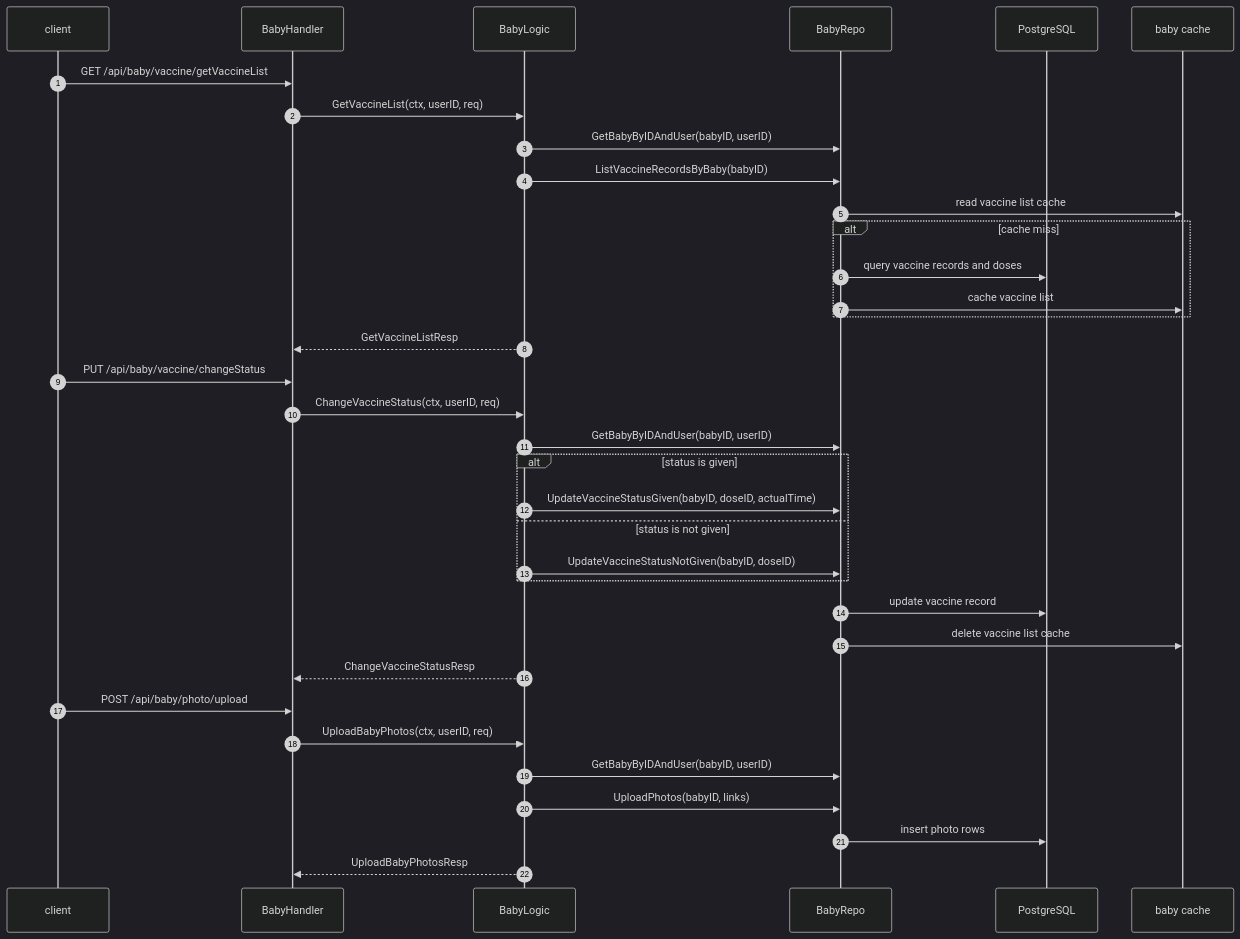
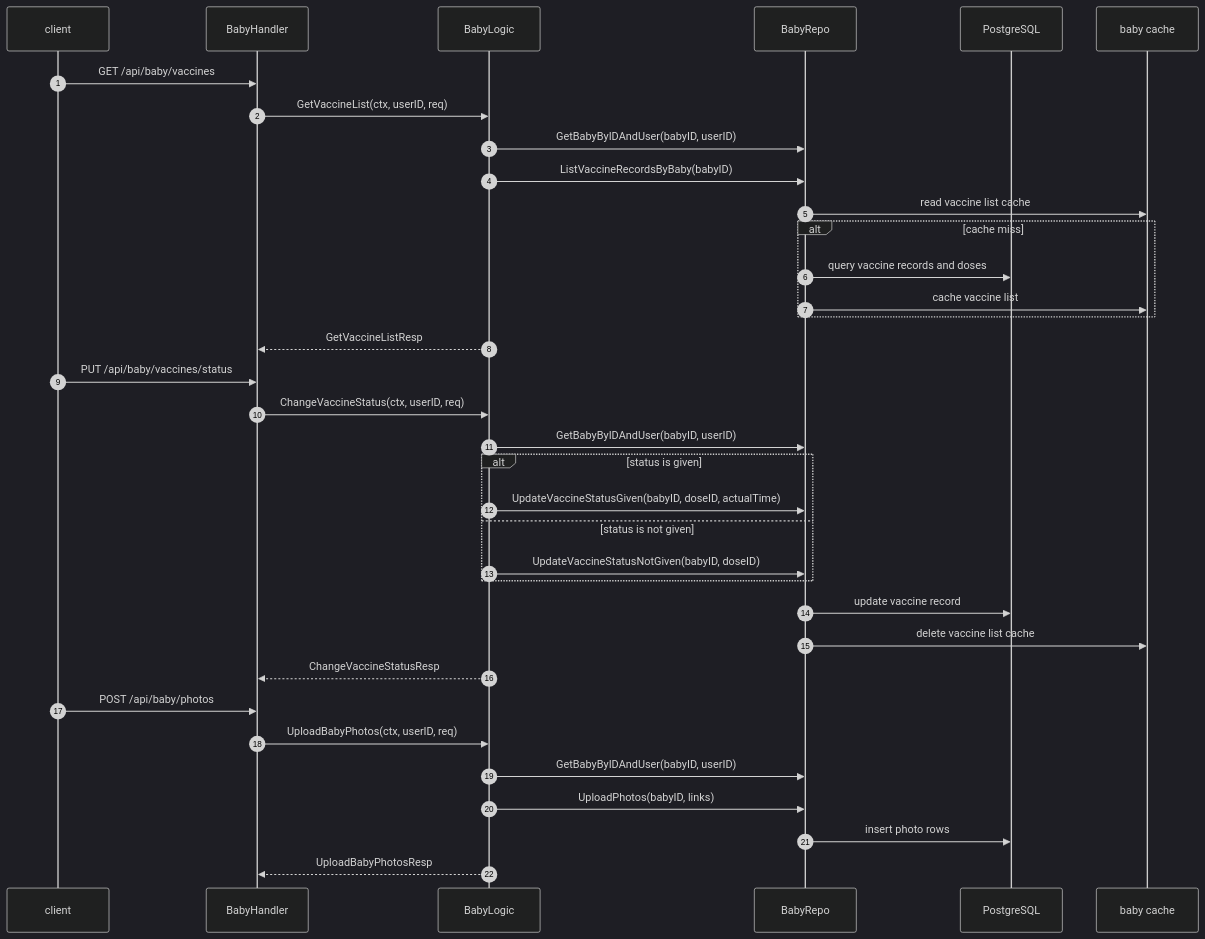
One commit to Goblin-Master/nurture changed the sixth of 6 diagrams in internal/baby/doc/README.md. Above: the diagram before and after it, drawn with Mermaid (dark theme). The commit also changed other lines of this file and 8 other files, not shown here.

````diff
--- a/internal/baby/doc/README.md
+++ b/internal/baby/doc/README.md
@@ -164,40 +164,40 @@
 ```mermaid
 sequenceDiagram
   autonumber
   participant Client as client
   participant Handler as BabyHandler
   participant Logic as BabyLogic
   participant Repo as BabyRepo
   participant DB as PostgreSQL
   participant Cache as baby cache
 
-  Client->>Handler: GET /api/baby/vaccine/getVaccineList
+  Client->>Handler: GET /api/baby/vaccines
   Handler->>Logic: GetVaccineList(ctx, userID, req)
   Logic->>Repo: GetBabyByIDAndUser(babyID, userID)
   Logic->>Repo: ListVaccineRecordsByBaby(babyID)
   Repo->>Cache: read vaccine list cache
   alt cache miss
     Repo->>DB: query vaccine records and doses
     Repo->>Cache: cache vaccine list
   end
   Logic-->>Handler: GetVaccineListResp
 
-  Client->>Handler: PUT /api/baby/vaccine/changeStatus
+  Client->>Handler: PUT /api/baby/vaccines/status
   Handler->>Logic: ChangeVaccineStatus(ctx, userID, req)
   Logic->>Repo: GetBabyByIDAndUser(babyID, userID)
   alt status is given
     Logic->>Repo: UpdateVaccineStatusGiven(babyID, doseID, actualTime)
   else status is not given
     Logic->>Repo: UpdateVaccineStatusNotGiven(babyID, doseID)
   end
   Repo->>DB: update vaccine record
   Repo->>Cache: delete vaccine list cache
   Logic-->>Handler: ChangeVaccineStatusResp
 
-  Client->>Handler: POST /api/baby/photo/upload
+  Client->>Handler: POST /api/baby/photos
   Handler->>Logic: UploadBabyPhotos(ctx, userID, req)
   Logic->>Repo: GetBabyByIDAndUser(babyID, userID)
   Logic->>Repo: UploadPhotos(babyID, links)
   Repo->>DB: insert photo rows
   Logic-->>Handler: UploadBabyPhotosResp
 ```
````
